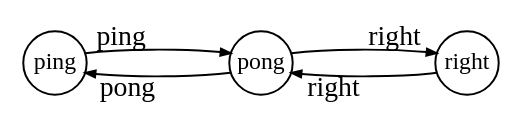
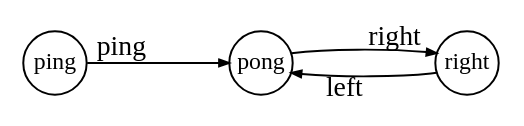
The diagram in graph.dot (anatoly2108/antlr4), drawn with Graphviz before and after one commit. The commit also changed 3 other files, not shown here.

```diff
--- a/graph.dot
+++ b/graph.dot
@@ -1,12 +1,11 @@
 digraph G {
   ranksep=.25;
   layout=circo;
   edge [arrowsize=.5]
   node [shape=circle, fontname="ArialNarrow",
         fontsize=12, fixedsize=true, height=.45];
   ping; pong; right; 
   ping -> pong  [label=ping];
   pong -> right  [label=right];
-  pong -> ping  [label=pong];
-  right -> pong  [label=right];
+  right -> pong  [label=left];
 }
```
